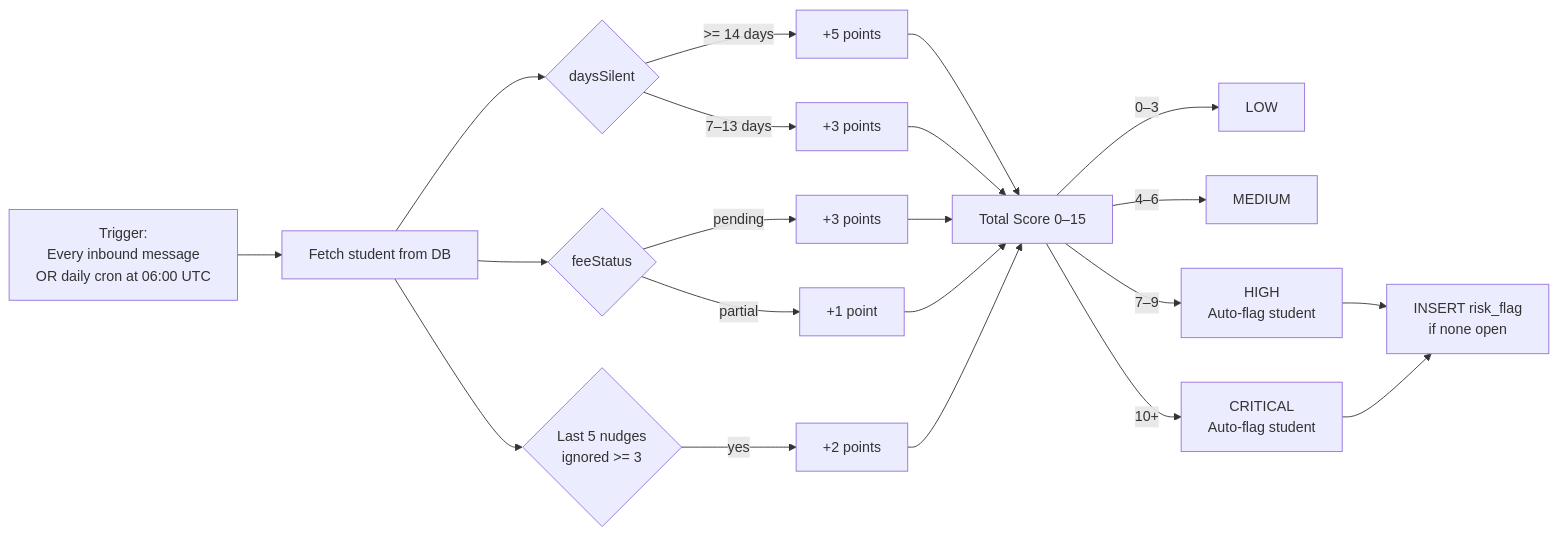
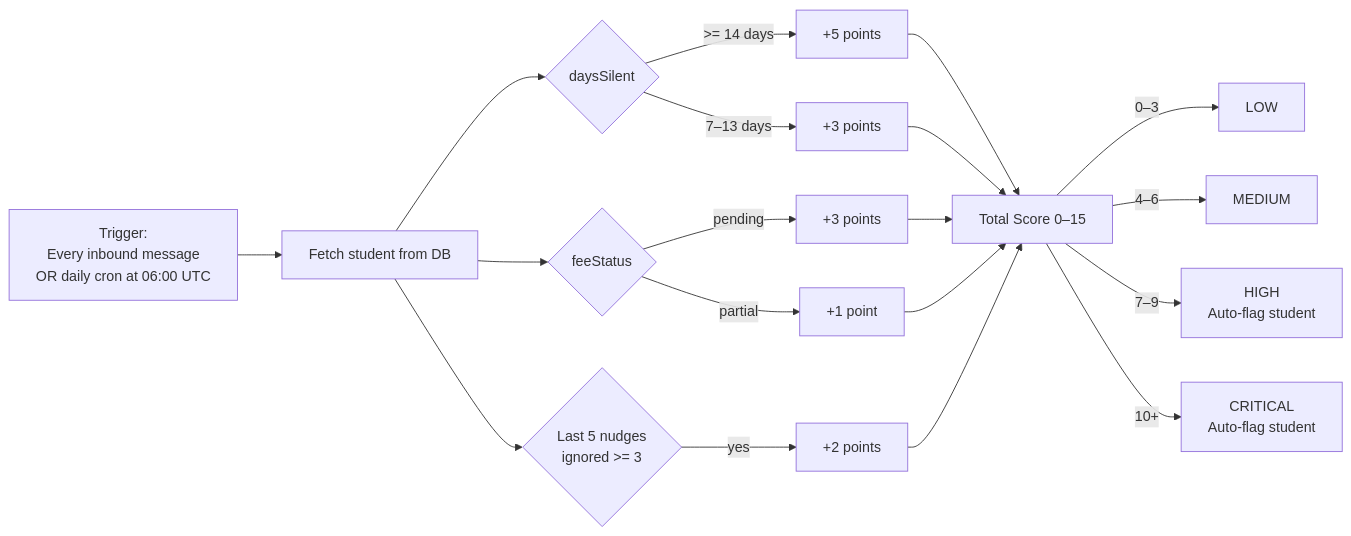
One commit to Mikram0604/lockedin4 changed the third of 4 diagrams in README.md. Above: the diagram before and after it, drawn with Mermaid. The commit also changed other lines of this file, not shown here.

Commit message:
docs: comprehensive README with architecture, API reference, and deployment guide

````diff
--- a/README.md
+++ b/README.md
@@ -70,19 +154,17 @@
 ```mermaid
 flowchart LR
-    A[Trigger:\nEvery inbound message\nOR daily cron at 06:00 UTC] --> B[Fetch student from DB]
+    A[Trigger:<br/>Every inbound message<br/>OR daily cron at 06:00 UTC] --> B[Fetch student from DB]
     B --> C{daysSilent}
     C -->|>= 14 days| D[+5 points]
     C -->|7–13 days| E[+3 points]
     B --> F{feeStatus}
     F -->|pending| G[+3 points]
     F -->|partial| H[+1 point]
-    B --> I{Last 5 nudges\nignored >= 3}
+    B --> I{Last 5 nudges<br/>ignored >= 3}
     I -->|yes| J[+2 points]
     D & E & G & H & J --> K[Total Score 0–15]
     K -->|0–3| L[LOW]
     K -->|4–6| M[MEDIUM]
-    K -->|7–9| N[HIGH\nAuto-flag student]
-    K -->|10+| O[CRITICAL\nAuto-flag student]
-    N --> P[INSERT risk_flag\nif none open]
-    O --> P
+    K -->|7–9| N[HIGH<br/>Auto-flag student]
+    K -->|10+| O[CRITICAL<br/>Auto-flag student]
 ```
````
